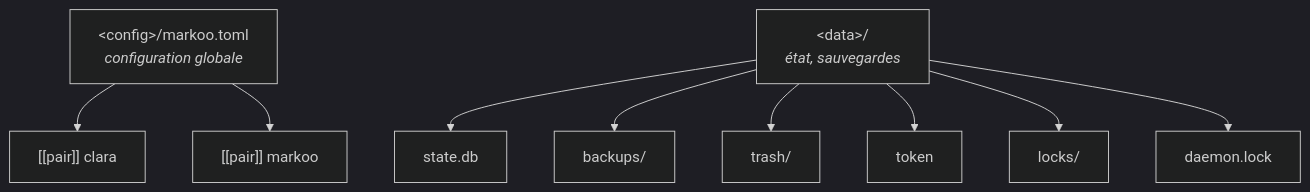
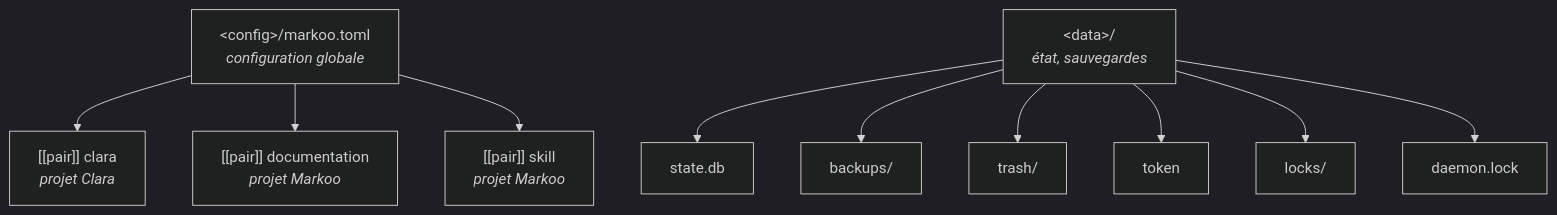
One commit to studoo-app/markoo changed the first of 3 diagrams in documentation/fr/06-configuration.md. Above: the diagram before and after it, drawn with Mermaid (dark theme). The commit also changed other lines of this file and 35 other files, not shown here.

````diff
--- a/documentation/fr/06-configuration.md
+++ b/documentation/fr/06-configuration.md
@@ -12,13 +12,14 @@
 ```mermaid
 flowchart TD
     G["&lt;config&gt;/markoo.toml<br/><i>configuration globale</i>"]
     S["&lt;data&gt;/<br/><i>état, sauvegardes</i>"]
-    G --> P1["[[pair]] clara"]
-    G --> P2["[[pair]] markoo"]
+    G --> P1["[[pair]] clara<br/><i>projet Clara</i>"]
+    G --> P2["[[pair]] documentation<br/><i>projet Markoo</i>"]
+    G --> P3["[[pair]] skill<br/><i>projet Markoo</i>"]
     S --> DB["state.db"]
     S --> B["backups/"]
     S --> T["trash/"]
     S --> TK["token"]
     S --> L["locks/"]
     S --> DL["daemon.lock"]
 ```
````
